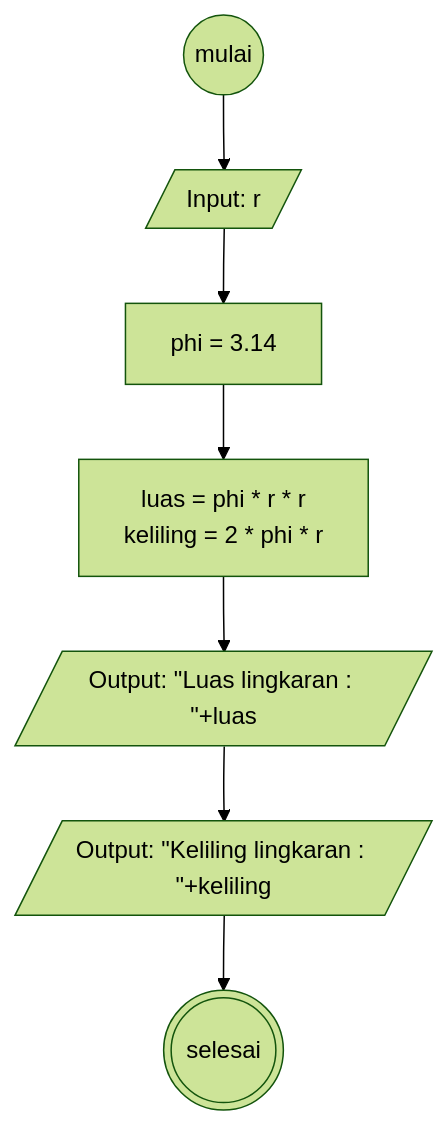
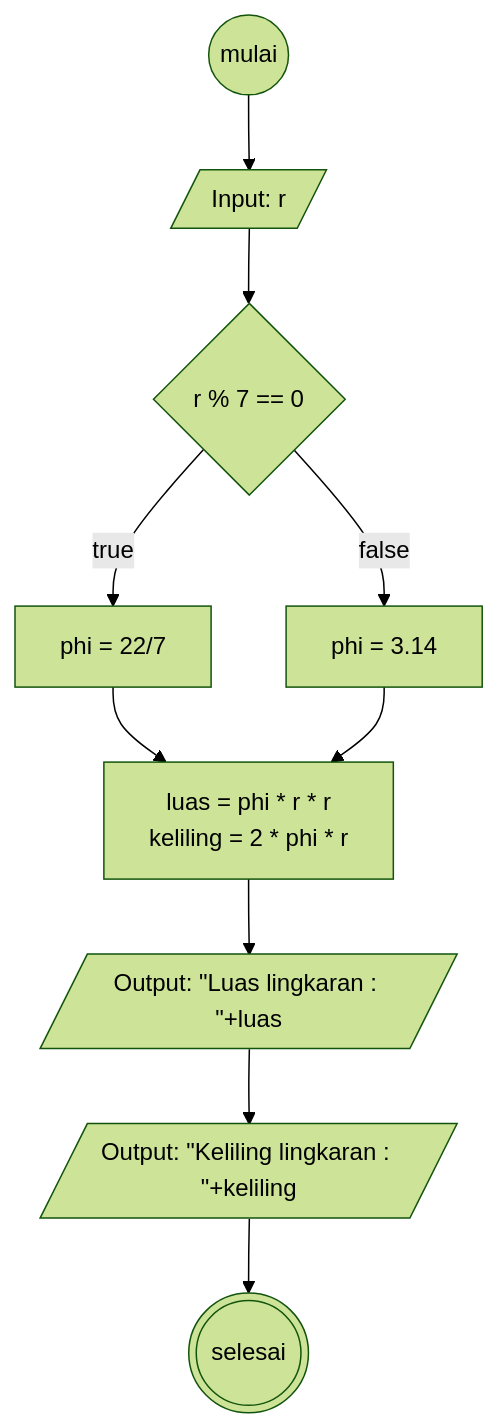
Before and after one commit to alhilalfathi/koda-b6-javascript1: the diagram in readme.md, drawn with Mermaid (forest theme).

````diff
--- a/readme.md
+++ b/readme.md
@@ -5,14 +5,20 @@
 ```mermaid
 flowchart TD
     mulai@{ shape: circle}
     input@{ shape: lean-r, label: "Input: r"}
-    phi@{ label: "phi = 3.14"}
+    if@{ shape: diamond, label: "r % 7 == 0"}
+    phi1@{ label: "phi = 3.14"}
+    phi2@{ label: "phi = 22/7"}
     rumus@{ label: "luas = phi * r * r
     keliling = 2 * phi * r"}
     output1@{ shape: lean-r, label: "Output: #quot;Luas lingkaran : #quot;+luas"}
     output2@{ shape: lean-r, label: "Output: #quot;Keliling lingkaran : #quot;+keliling"}
     selesai@{ shape: dbl-circ}
 
-    mulai-->input-->phi-->rumus
+    mulai-->input-->if
+    if--false-->phi1
+    if--true-->phi2
+    phi2-->rumus
+    phi1-->rumus
     rumus-->output1-->output2-->selesai
 ```
````
